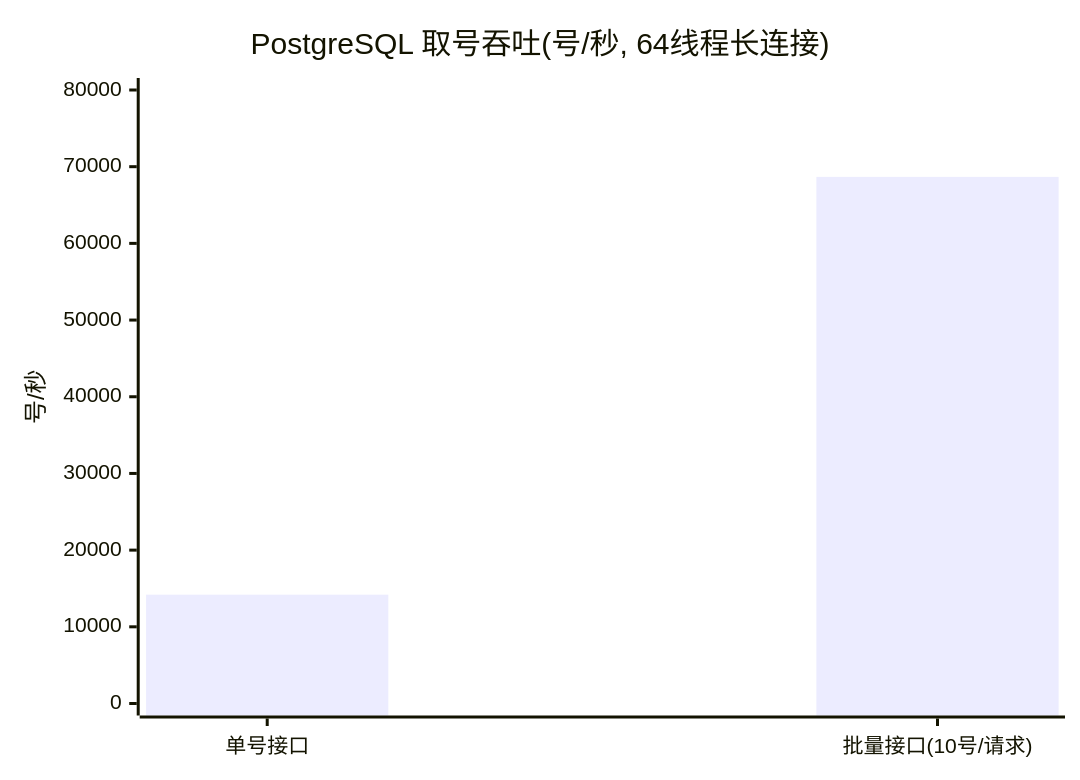
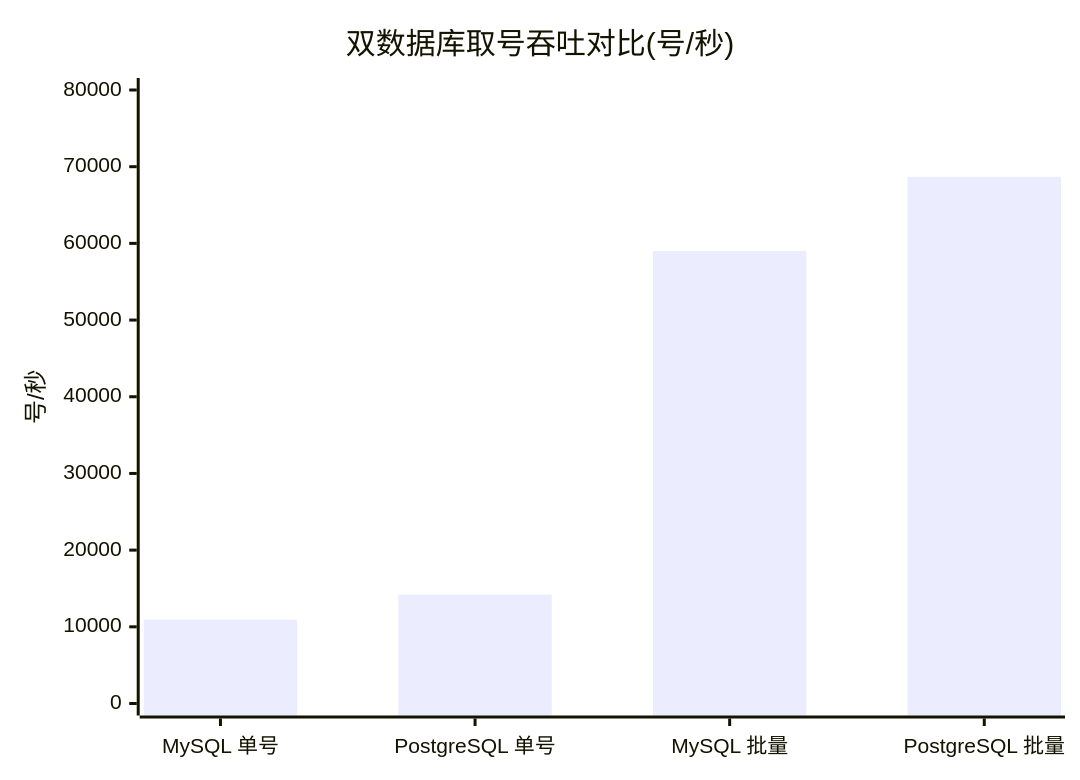
One commit to magicianlib/id-generator changed the diagram in README.md. Above: the diagram before and after it, drawn with Mermaid. The commit also changed other lines of this file, not shown here.

Commit message:
docs(readme): 压测图表合并为双数据库同轴对比

````diff
--- a/README.md
+++ b/README.md
@@ -160,7 +160,7 @@
 ```mermaid
 xychart-beta
-    title "PostgreSQL 取号吞吐(号/秒, 64线程长连接)"
-    x-axis ["单号接口", "批量接口(10号/请求)"]
+    title "双数据库取号吞吐对比(号/秒)"
+    x-axis ["MySQL 单号", "PostgreSQL 单号", "MySQL 批量", "PostgreSQL 批量"]
     y-axis "号/秒" 0 --> 80000
-    bar [14193, 68670]
+    bar [10935, 14193, 59000, 68670]
 ```
````
